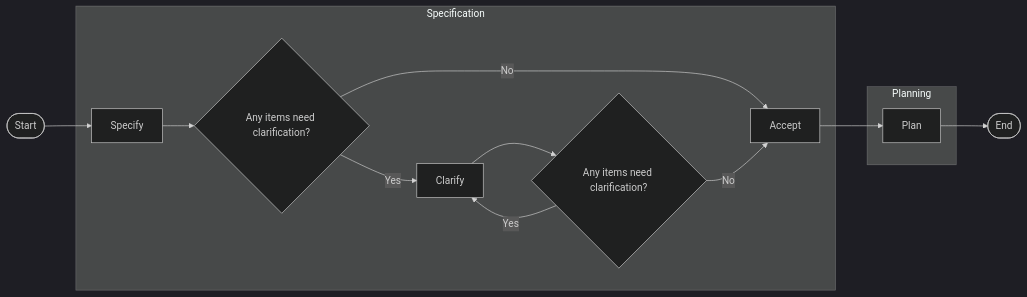
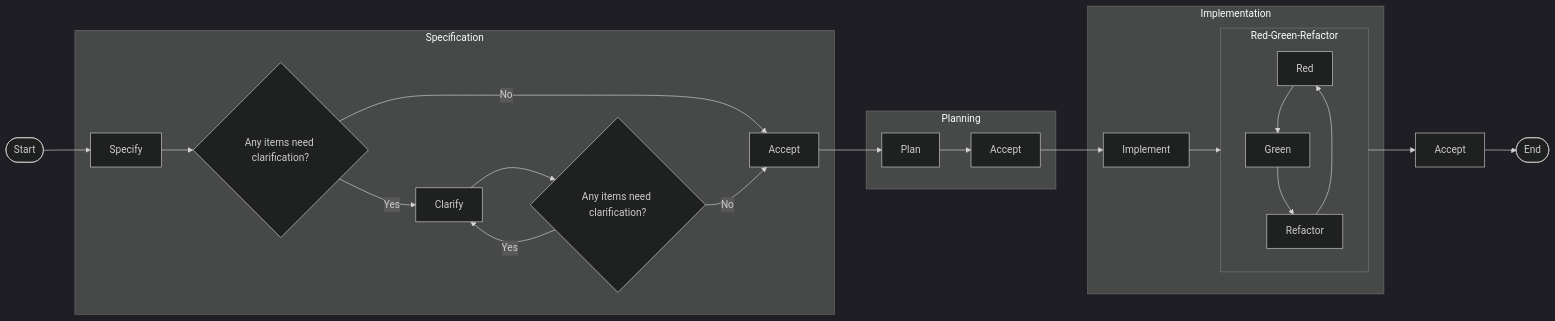
The diagram in docs/foundation/development-workflow.mermaid (Lowe0/spec-kit), drawn with Mermaid (dark theme) before and after one commit.

Commit message:
Add Test Driven Development to implement flow

```diff
--- a/docs/foundation/development-workflow.mermaid
+++ b/docs/foundation/development-workflow.mermaid
@@ -1,19 +1,31 @@
 flowchart LR
     Start([Start]) --> Specify
 
     subgraph Specification
         Specify[Specify] --> SpecifyCheck{Any items need clarification?}
         SpecifyCheck -- Yes --> Clarify[Clarify]
-        SpecifyCheck -- No --> Accept
+        SpecifyCheck -- No --> SpecificationAccept
         Clarify --> ClarifyCheck{Any items need clarification?}
         ClarifyCheck -- Yes --> Clarify
-        ClarifyCheck -- No --> Accept
+        ClarifyCheck -- No --> SpecificationAccept
     end
 
-    Accept[Accept] --> Plan
+    SpecificationAccept[Accept] --> Plan
 
     subgraph Planning
         Plan[Plan]
+        Plan --> PlanningAccept[Accept]
     end
 
-    Plan --> End([End])
+    PlanningAccept --> Implement
+
+    subgraph Implementation
+        Implement[Implement] --> TDDLoop
+
+        subgraph TDDLoop [Red-Green-Refactor]
+            Red[Red] --> Green[Green] --> Refactor[Refactor] --> Red
+        end
+    end
+
+    TDDLoop --> ImplementationAccept[Accept]
+    ImplementationAccept --> End([End])
```
